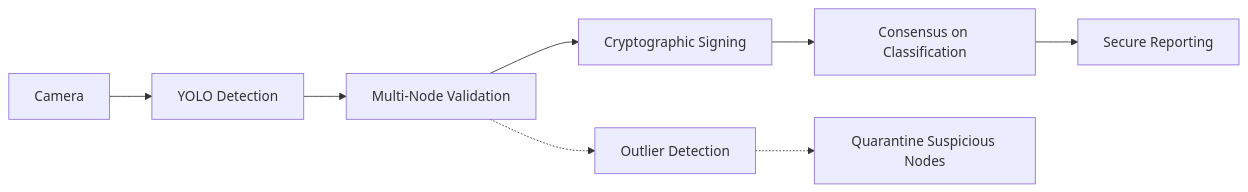
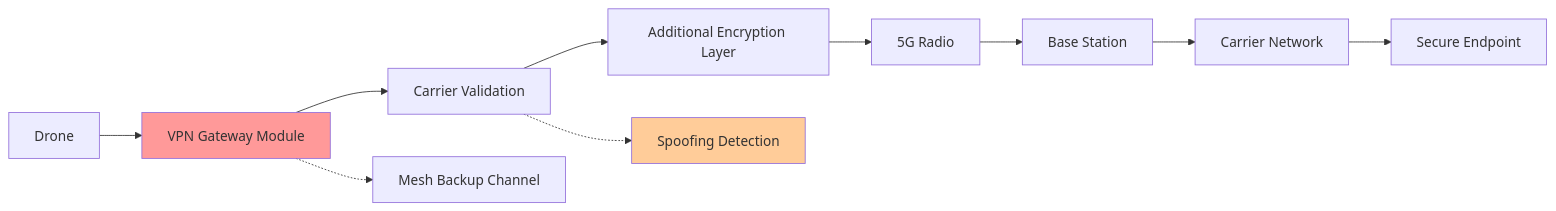
The second of 6 diagrams in README.md (ResQTerra/terrasearch-core), drawn with Mermaid before and after one commit. The commit also changed other lines of this file, not shown here.

````diff
--- a/README.md
+++ b/README.md
@@ -379,11 +102,17 @@
 ```mermaid
 graph LR
-    CAM[Camera] --> DETECT[YOLO Detection]
-    DETECT --> VALIDATE[Multi-Node Validation]
-    VALIDATE --> SIGN[Cryptographic Signing]
-    SIGN --> CONSENSUS[Consensus on Classification]
-    CONSENSUS --> REPORT[Secure Reporting]
+    DRONE[Drone] --> VPN_GW[VPN Gateway Module]
+    VPN_GW --> CARRIER_VALIDATE[Carrier Validation]
+    CARRIER_VALIDATE --> ENCRYPT[Additional Encryption Layer]
+    ENCRYPT --> 5G_RADIO[5G Radio]
     
-    VALIDATE -.-> OUTLIER[Outlier Detection]
-    OUTLIER -.-> QUARANTINE[Quarantine Suspicious Nodes]
+    5G_RADIO --> BASESTATION[Base Station]
+    BASESTATION --> CARRIER_NET[Carrier Network]
+    CARRIER_NET --> SECURE_ENDPOINT[Secure Endpoint]
+    
+    VPN_GW -.-> MESH_BACKUP[Mesh Backup Channel]
+    CARRIER_VALIDATE -.-> SPOOF_DETECT[Spoofing Detection]
+    
+    style VPN_GW fill:#ff9999
+    style SPOOF_DETECT fill:#ffcc99
 ```
````
